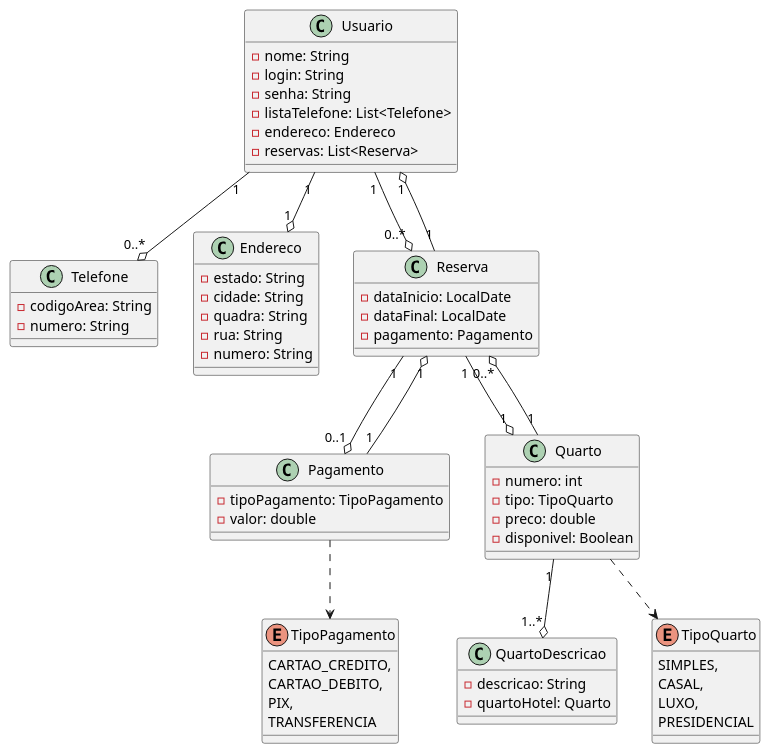
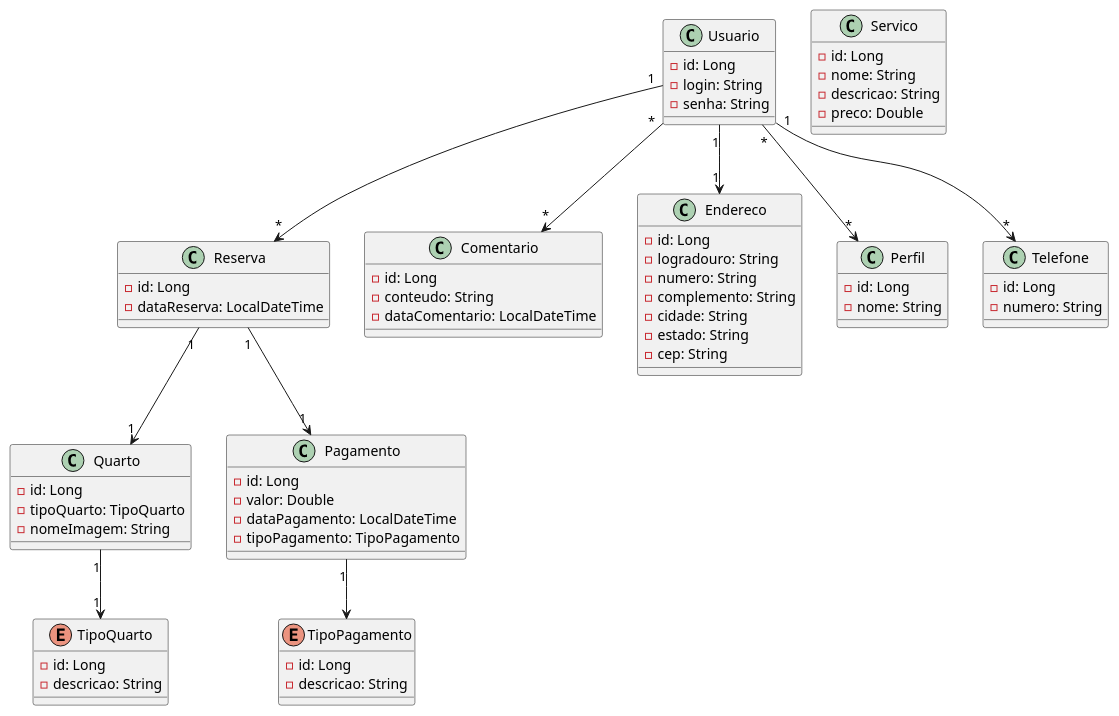
Before and after one commit to JoaoPOPaulino/quarkus-topicos1-2023-2: the diagram in src/main/resources/docs/Diagrama.puml, drawn with PlantUML. The commit also changed 6 other files, not shown here.

```diff
--- a/src/main/resources/docs/Diagrama.puml
+++ b/src/main/resources/docs/Diagrama.puml
@@ -1,74 +1,82 @@
 @startuml Hotel
 
 class Usuario {
-  - nome: String
-  - login: String
-  - senha: String
-  - listaTelefone: List<Telefone>
-  - endereco: Endereco
-  - reservas: List<Reserva>
+    - id: Long
+    - login: String
+    - senha: String
+}
+
+class Reserva {
+    - id: Long
+    - dataReserva: LocalDateTime
+}
+
+class Quarto {
+    - id: Long
+    - tipoQuarto: TipoQuarto
+    - nomeImagem: String
+}
+
+class Pagamento {
+    - id: Long
+    - valor: Double
+    - dataPagamento: LocalDateTime
+    - tipoPagamento: TipoPagamento
+}
+
+class Comentario {
+    - id: Long
+    - conteudo: String
+    - dataComentario: LocalDateTime
+}
+
+class Servico {
+    - id: Long
+    - nome: String
+    - descricao: String
+    - preco: Double
+}
+
+class Endereco {
+    - id: Long
+    - logradouro: String
+    - numero: String
+    - complemento: String
+    - cidade: String
+    - estado: String
+    - cep: String
+}
+
+class Perfil {
+    - id: Long
+    - nome: String
+}
+
+enum TipoPagamento {
+    - id: Long
+    - descricao: String
+}
+
+enum TipoQuarto {
+    - id: Long
+    - descricao: String
 }
 
 class Telefone {
-  - codigoArea: String
-  - numero: String
+    - id: Long
+    - numero: String
 }
 
-class Endereco {
-  - estado: String
-  - cidade: String
-  - quadra: String
-  - rua: String
-  - numero: String
-}
+Usuario "1" --> "*" Reserva
+Reserva "1" --> "1" Quarto
+Reserva "1" --> "1" Pagamento
+Usuario "*" --> "*" Comentario
+Usuario "1" --> "*" Telefone
+Usuario "1" --> "1" Endereco
+Usuario "*" --> "*" Perfil
+Quarto "1" --> "1" TipoQuarto
+Pagamento "1" --> TipoPagamento
 
-class Reserva {
-  - dataInicio: LocalDate
-  - dataFinal: LocalDate
-  - pagamento: Pagamento
-}
 
-class Pagamento {
-  - tipoPagamento: TipoPagamento
-  - valor: double
-}
-
-class Quarto {
-  - numero: int
-  - tipo: TipoQuarto
-  - preco: double
-  - disponivel: Boolean
-}
-
-class QuartoDescricao {
-  - descricao: String
-  - quartoHotel: Quarto
-}
-
-enum TipoQuarto {
-  SIMPLES,
-  CASAL,
-  LUXO,
-  PRESIDENCIAL
-}
-
-enum TipoPagamento {
-  CARTAO_CREDITO,
-  CARTAO_DEBITO,
-  PIX,
-  TRANSFERENCIA
-}
-
-Usuario "1" --o "0..*" Telefone
-Usuario "1" --o "1" Endereco
-Usuario "1" --o "0..*" Reserva
-Reserva "1" --o "1" Quarto
-Reserva "1" --o "0..1" Pagamento
-Reserva "1" --o "1" Usuario
-Pagamento "1" --o "1" Reserva
-Quarto "1" --o "1..*" QuartoDescricao
-Quarto "1" --o "0..*" Reserva
-Quarto ..> TipoQuarto
-Pagamento ..> TipoPagamento
 
 @enduml
```
